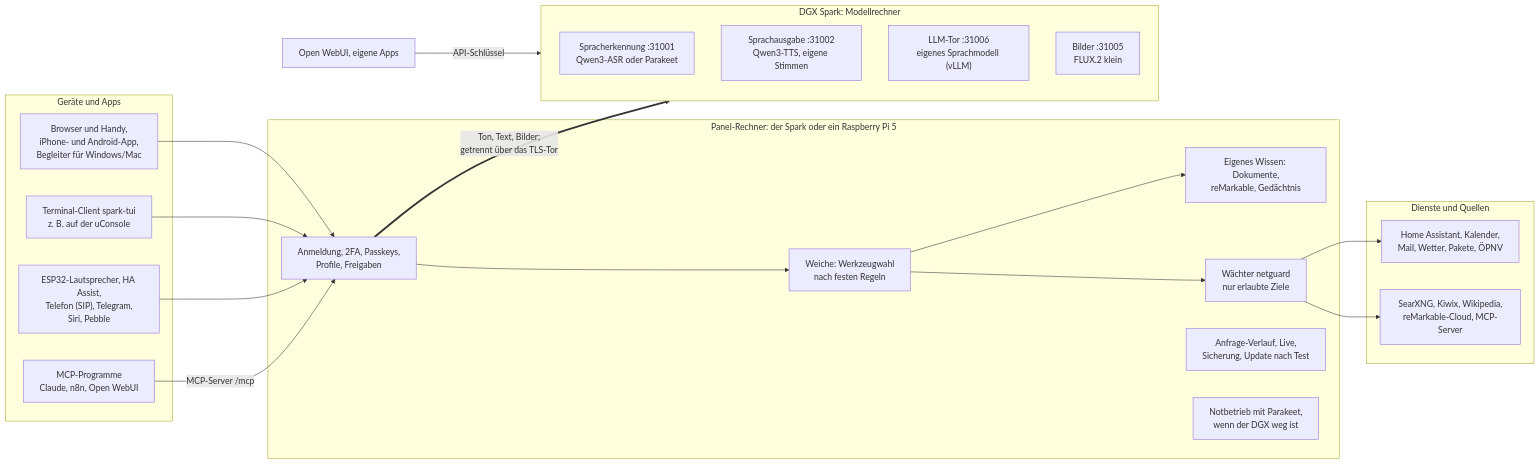
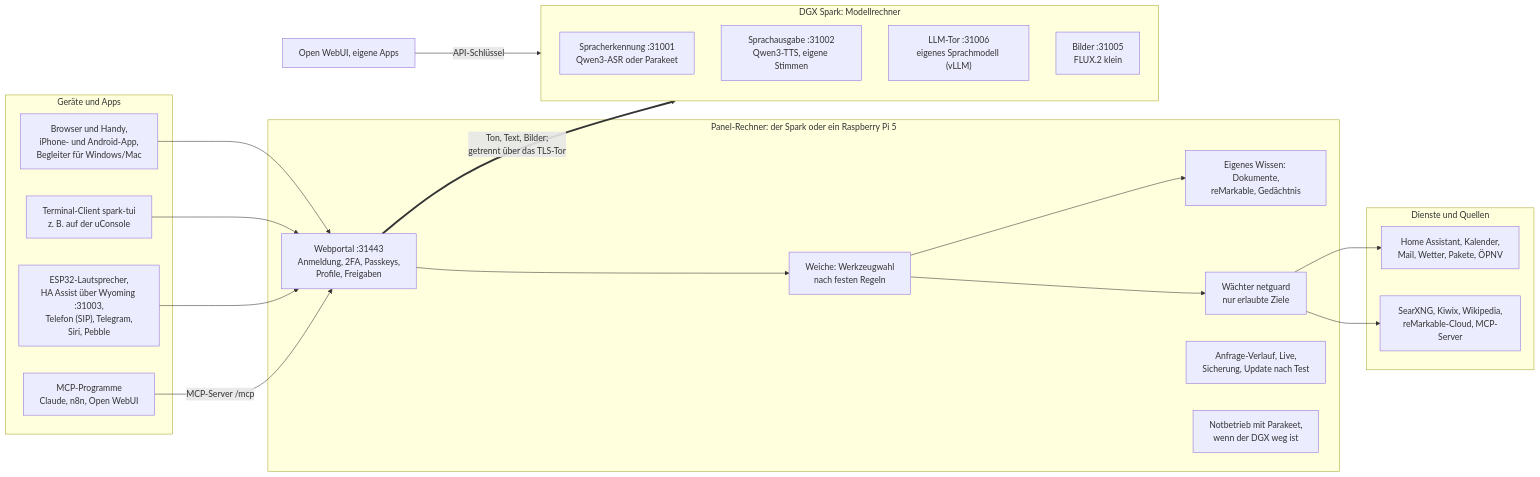
One commit to db9979/speech-on-dgx-spark changed the diagram in README.de.md. Above: the diagram before and after it, drawn with Mermaid. The commit also changed other lines of this file and 26 other files, not shown here.

First line of the commit message:
V01.0.669 Docs and help name the own language model; test_doku_stand keeps README, diagram and ports in step

````diff
--- a/README.de.md
+++ b/README.de.md
@@ -58,39 +58,39 @@
 ```mermaid
 flowchart LR
   subgraph Clients["Geräte und Apps"]
     B["Browser und Handy,<br/>iPhone- und Android-App,<br/>Begleiter für Windows/Mac"]
     T["Terminal-Client spark-tui<br/>z. B. auf der uConsole"]
-    X["ESP32-Lautsprecher, HA Assist,<br/>Telefon (SIP), Telegram,<br/>Siri, Pebble"]
+    X["ESP32-Lautsprecher,<br/>HA Assist über Wyoming :31003,<br/>Telefon (SIP), Telegram,<br/>Siri, Pebble"]
     M["MCP-Programme<br/>Claude, n8n, Open WebUI"]
   end
   subgraph Panel["Panel-Rechner: der Spark oder ein Raspberry Pi 5"]
-    G["Anmeldung, 2FA, Passkeys,<br/>Profile, Freigaben"]
+    G["Webportal :31443<br/>Anmeldung, 2FA, Passkeys,<br/>Profile, Freigaben"]
     R["Weiche: Werkzeugwahl<br/>nach festen Regeln"]
     K["Eigenes Wissen: Dokumente,<br/>reMarkable, Gedächtnis"]
     S["Wächter netguard<br/>nur erlaubte Ziele"]
     LOG["Anfrage-Verlauf, Live,<br/>Sicherung, Update nach Test"]
     NB["Notbetrieb mit Parakeet,<br/>wenn der DGX weg ist"]
   end
   subgraph Spark["DGX Spark: Modellrechner"]
     ASR["Spracherkennung :31001<br/>Qwen3-ASR oder Parakeet"]
     TTS["Sprachausgabe :31002<br/>Qwen3-TTS, eigene Stimmen"]
     LLM["LLM-Tor :31006<br/>eigenes Sprachmodell (vLLM)"]
     IMG["Bilder :31005<br/>FLUX.2 klein"]
   end
   subgraph Out["Dienste und Quellen"]
     E["Home Assistant, Kalender,<br/>Mail, Wetter, Pakete, ÖPNV"]
     Q["SearXNG, Kiwix, Wikipedia,<br/>reMarkable-Cloud, MCP-Server"]
   end
   A["Open WebUI, eigene Apps"]
   B --> G
   T --> G
   X --> G
   M -->|"MCP-Server /mcp"| G
   G --> R
   R --> K
   R --> S
   S --> E
   S --> Q
   G ==>|"Ton, Text, Bilder;<br/>getrennt über das TLS-Tor"| Spark
   A -->|"API-Schlüssel"| Spark
 ```
````
